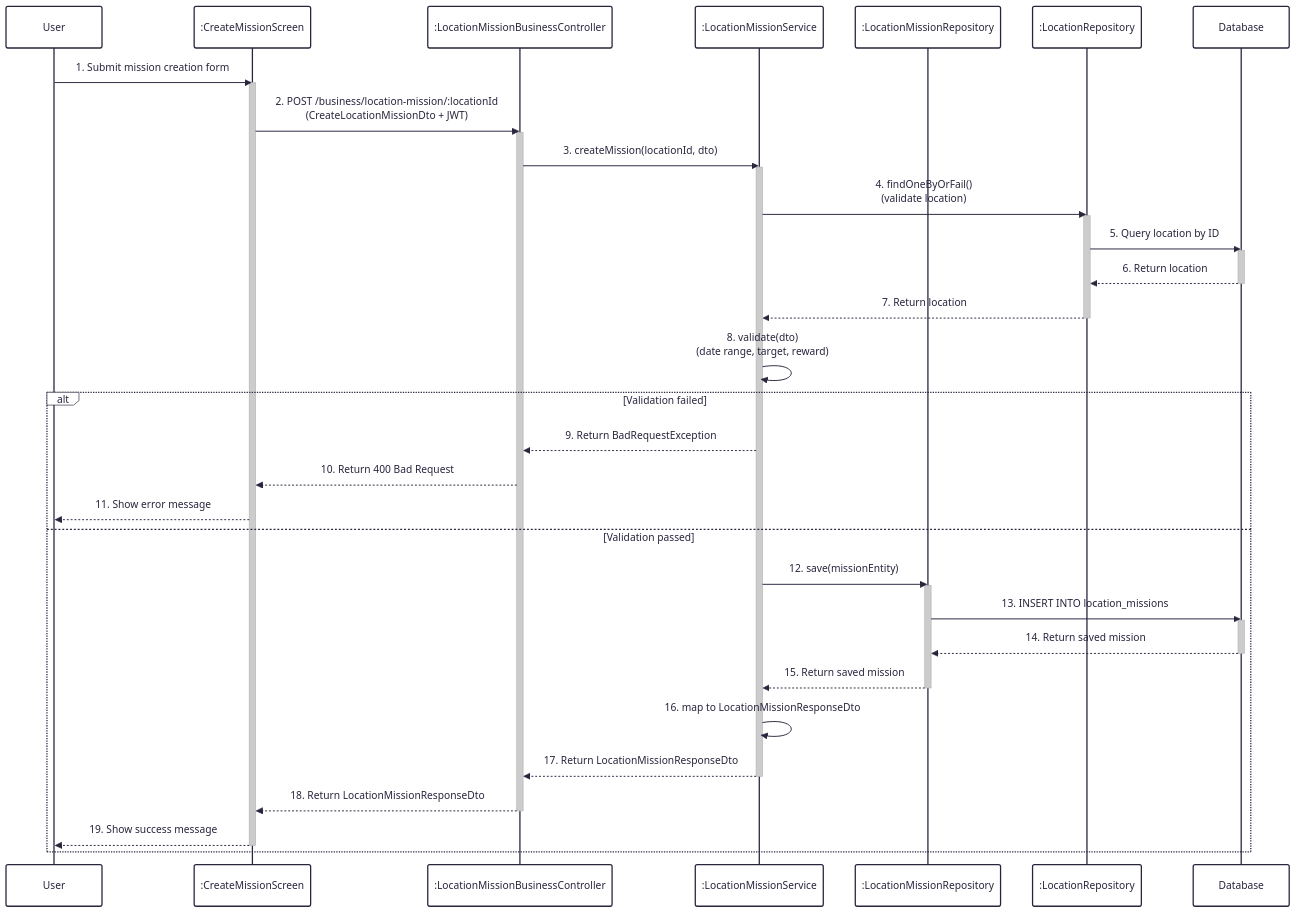
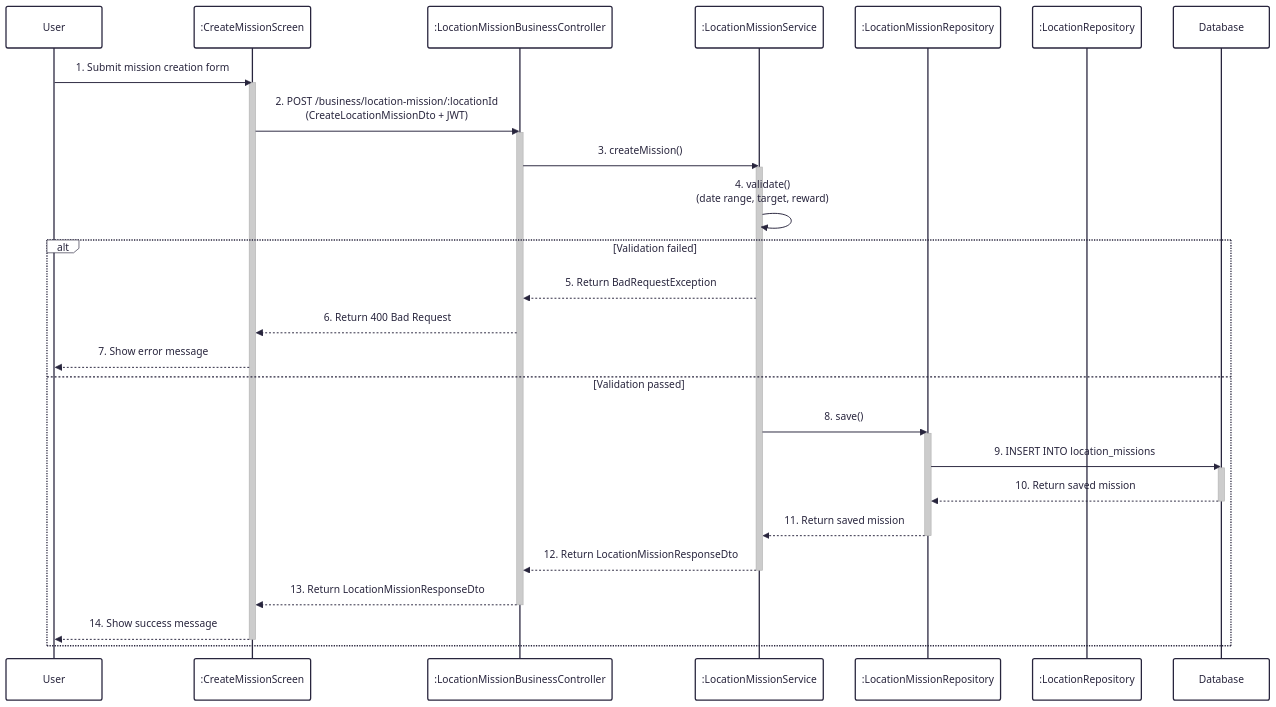
The diagram in docs/sequence/14-create-mission.md (UrbanLens-2025/urban-lens_server), drawn with Mermaid before and after one commit. The commit also changed 8 other files, not shown here.

First line of the commit message:
Add database descriptions and update sequence diagrams for user interactions

````diff
--- a/docs/sequence/14-create-mission.md
+++ b/docs/sequence/14-create-mission.md
@@ -1,56 +1,46 @@
 ```mermaid
 ---
 config:
   theme: redux
   look: classic
 ---
 sequenceDiagram
     participant User
     participant CreateMissionScreen as :CreateMissionScreen
     participant MissionController as :LocationMissionBusinessController
     participant MissionService as :LocationMissionService
     participant MissionRepo as :LocationMissionRepository
     participant LocationRepo as :LocationRepository
     participant Database
 
     User->>CreateMissionScreen: 1. Submit mission creation form
     activate CreateMissionScreen
     CreateMissionScreen->>MissionController: 2. POST /business/location-mission/:locationId<br/>(CreateLocationMissionDto + JWT)
     activate MissionController
-    MissionController->>MissionService: 3. createMission(locationId, dto)
+    MissionController->>MissionService: 3. createMission()
     activate MissionService
 
-    MissionService->>LocationRepo: 4. findOneByOrFail()<br/>(validate location)
-    activate LocationRepo
-    LocationRepo->>Database: 5. Query location by ID
-    activate Database
-    Database-->>LocationRepo: 6. Return location
-    deactivate Database
-    LocationRepo-->>MissionService: 7. Return location
-    deactivate LocationRepo
-
-    MissionService->>MissionService: 8. validate(dto)<br/>(date range, target, reward)
+    MissionService->>MissionService: 4. validate()<br/>(date range, target, reward)
 
     alt Validation failed
-        MissionService-->>MissionController: 9. Return BadRequestException
-        MissionController-->>CreateMissionScreen: 10. Return 400 Bad Request
-        CreateMissionScreen-->>User: 11. Show error message
+        MissionService-->>MissionController: 5. Return BadRequestException
+        MissionController-->>CreateMissionScreen: 6. Return 400 Bad Request
+        CreateMissionScreen-->>User: 7. Show error message
     else Validation passed
-        MissionService->>MissionRepo: 12. save(missionEntity)
+        MissionService->>MissionRepo: 8. save()
         activate MissionRepo
-        MissionRepo->>Database: 13. INSERT INTO location_missions
+        MissionRepo->>Database: 9. INSERT INTO location_missions
         activate Database
-        Database-->>MissionRepo: 14. Return saved mission
+        Database-->>MissionRepo: 10. Return saved mission
         deactivate Database
-        MissionRepo-->>MissionService: 15. Return saved mission
+        MissionRepo-->>MissionService: 11. Return saved mission
         deactivate MissionRepo
 
-        MissionService->>MissionService: 16. map to LocationMissionResponseDto
-        MissionService-->>MissionController: 17. Return LocationMissionResponseDto
+        MissionService-->>MissionController: 12. Return LocationMissionResponseDto
         deactivate MissionService
-        MissionController-->>CreateMissionScreen: 18. Return LocationMissionResponseDto
+        MissionController-->>CreateMissionScreen: 13. Return LocationMissionResponseDto
         deactivate MissionController
-        CreateMissionScreen-->>User: 19. Show success message
+        CreateMissionScreen-->>User: 14. Show success message
         deactivate CreateMissionScreen
     end
 ```
````
